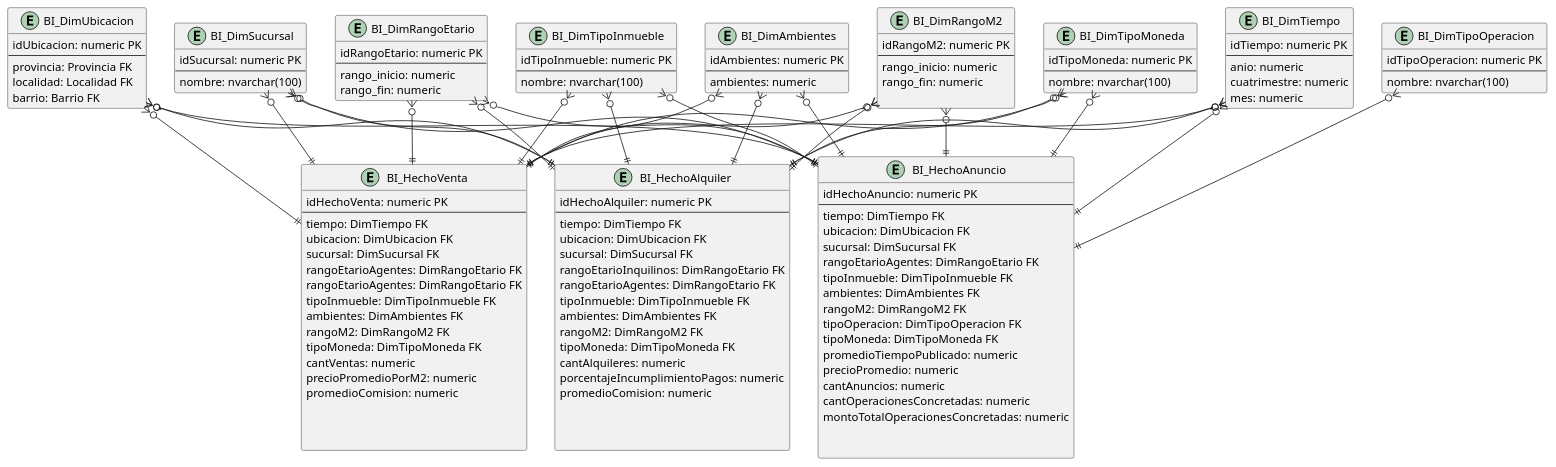
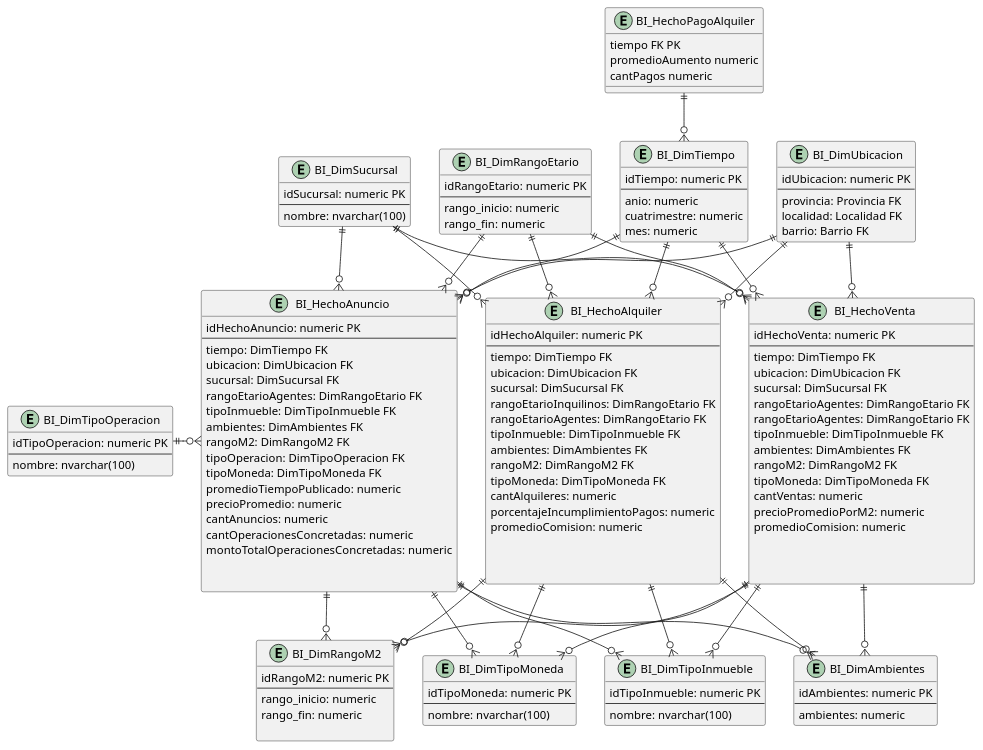
The diagram in modelo_bi/derBI.wsd (manutorrente/TP-GDD), drawn with PlantUML before and after one commit. The commit also changed 3 other files, not shown here.

```diff
--- a/modelo_bi/derBI.wsd
+++ b/modelo_bi/derBI.wsd
@@ -1,161 +1,173 @@
 @startuml BI_Model
 
 ' Dimensiones
 entity BI_DimTiempo {
     idTiempo: numeric PK
     --
     anio: numeric
     cuatrimestre: numeric
     mes: numeric
 }
 
 entity BI_DimUbicacion {
     idUbicacion: numeric PK
     --
     provincia: Provincia FK
     localidad: Localidad FK
     barrio: Barrio FK
 }
 
 entity BI_DimSucursal {
     idSucursal: numeric PK
     --
     nombre: nvarchar(100)
 }
 
 entity BI_DimRangoEtario {
     idRangoEtario: numeric PK
     --
     rango_inicio: numeric
     rango_fin: numeric
 }
 
 entity BI_DimTipoInmueble {
     idTipoInmueble: numeric PK
     --
     nombre: nvarchar(100)
 }
 
 entity BI_DimAmbientes {
     idAmbientes: numeric PK
     --
     ambientes: numeric
 }
 
 entity BI_DimRangoM2 {
     idRangoM2: numeric PK
     --
     rango_inicio: numeric
     rango_fin: numeric
 
 }
 
 entity BI_DimTipoOperacion {
     idTipoOperacion: numeric PK
     --
     nombre: nvarchar(100)
 }
 
 entity BI_DimTipoMoneda {
     idTipoMoneda: numeric PK
     --
     nombre: nvarchar(100)
 }
 
 ' Hechos
 entity BI_HechoAnuncio {
     idHechoAnuncio: numeric PK
     --
     tiempo: DimTiempo FK
     ubicacion: DimUbicacion FK
     sucursal: DimSucursal FK
     rangoEtarioAgentes: DimRangoEtario FK
     tipoInmueble: DimTipoInmueble FK
     ambientes: DimAmbientes FK
     rangoM2: DimRangoM2 FK
     tipoOperacion: DimTipoOperacion FK
     tipoMoneda: DimTipoMoneda FK
     promedioTiempoPublicado: numeric
     precioPromedio: numeric
     cantAnuncios: numeric
     cantOperacionesConcretadas: numeric
     montoTotalOperacionesConcretadas: numeric
     
 
 }
 
 entity BI_HechoAlquiler {
     idHechoAlquiler: numeric PK
     --
     tiempo: DimTiempo FK
     ubicacion: DimUbicacion FK
     sucursal: DimSucursal FK
     rangoEtarioInquilinos: DimRangoEtario FK
     rangoEtarioAgentes: DimRangoEtario FK
     tipoInmueble: DimTipoInmueble FK
     ambientes: DimAmbientes FK
     rangoM2: DimRangoM2 FK
     tipoMoneda: DimTipoMoneda FK
     cantAlquileres: numeric
     porcentajeIncumplimientoPagos: numeric
     promedioComision: numeric
     
 
 
 }
 
 entity BI_HechoVenta {
     idHechoVenta: numeric PK
     --
     tiempo: DimTiempo FK
     ubicacion: DimUbicacion FK
     sucursal: DimSucursal FK
     rangoEtarioAgentes: DimRangoEtario FK
     rangoEtarioAgentes: DimRangoEtario FK
     tipoInmueble: DimTipoInmueble FK
     ambientes: DimAmbientes FK
     rangoM2: DimRangoM2 FK
     tipoMoneda: DimTipoMoneda FK
     cantVentas: numeric
     precioPromedioPorM2: numeric
     promedioComision: numeric
     
     
 
 }
 
-BI_DimTiempo }o--|| BI_HechoAnuncio
-BI_DimTiempo }o--|| BI_HechoAlquiler
-BI_DimTiempo }o--|| BI_HechoVenta
+entity BI_HechoPagoAlquiler {
+    tiempo FK PK
+    promedioAumento numeric
+    cantPagos numeric
+}
 
-BI_DimUbicacion }o--|| BI_HechoAnuncio
-BI_DimUbicacion }o--|| BI_HechoAlquiler
-BI_DimUbicacion }o--|| BI_HechoVenta
 
-BI_DimSucursal }o--|| BI_HechoAnuncio
-BI_DimSucursal }o--|| BI_HechoAlquiler
-BI_DimSucursal }o--|| BI_HechoVenta
+BI_HechoPagoAlquiler ||--o{ BI_DimTiempo
 
-BI_DimRangoEtario }o--|| BI_HechoAnuncio
-BI_DimRangoEtario }o--|| BI_HechoAlquiler
-BI_DimRangoEtario }o--|| BI_HechoVenta
+BI_DimTiempo ||--o{ BI_HechoAnuncio
+BI_DimTiempo ||--o{ BI_HechoAlquiler
+BI_DimTiempo ||--o{ BI_HechoVenta
 
-BI_DimTipoInmueble }o--|| BI_HechoAnuncio
-BI_DimTipoInmueble }o--|| BI_HechoAlquiler
-BI_DimTipoInmueble }o--|| BI_HechoVenta
+BI_DimUbicacion ||--o{ BI_HechoAnuncio
+BI_DimUbicacion ||--o{ BI_HechoAlquiler
+BI_DimUbicacion ||--o{ BI_HechoVenta
 
-BI_DimAmbientes }o--|| BI_HechoAnuncio
-BI_DimAmbientes }o--|| BI_HechoAlquiler
-BI_DimAmbientes }o--|| BI_HechoVenta
+BI_DimSucursal ||--o{ BI_HechoAnuncio
+BI_DimSucursal ||--o{ BI_HechoAlquiler
+BI_DimSucursal ||--o{ BI_HechoVenta
 
-BI_DimRangoM2 }o--|| BI_HechoAnuncio
-BI_DimRangoM2 }o--|| BI_HechoAlquiler
-BI_DimRangoM2 }o--|| BI_HechoVenta
+BI_DimRangoEtario ||--o{ BI_HechoAnuncio
+BI_DimRangoEtario ||--o{ BI_HechoAlquiler
+BI_DimRangoEtario ||--o{ BI_HechoVenta
 
-BI_DimTipoOperacion }o--|| BI_HechoAnuncio
 
-BI_DimTipoMoneda }o--|| BI_HechoAnuncio
-BI_DimTipoMoneda }o--|| BI_HechoAlquiler
-BI_DimTipoMoneda }o--|| BI_HechoVenta
+BI_HechoAnuncio ||--o{ BI_DimTipoInmueble
+BI_HechoAlquiler ||--o{ BI_DimTipoInmueble
+BI_HechoVenta ||--o{ BI_DimTipoInmueble
+
+
+BI_HechoAnuncio ||--o{ BI_DimAmbientes
+BI_HechoAlquiler ||--o{ BI_DimAmbientes
+BI_HechoVenta ||--o{ BI_DimAmbientes
+
+BI_HechoAnuncio ||--o{ BI_DimRangoM2
+BI_HechoAlquiler ||--o{ BI_DimRangoM2
+BI_HechoVenta ||--o{ BI_DimRangoM2
+
+BI_HechoAnuncio ||--o{ BI_DimTipoMoneda
+BI_HechoAlquiler ||--o{ BI_DimTipoMoneda
+BI_HechoVenta ||--o{ BI_DimTipoMoneda
+
+BI_DimTipoOperacion ||-o{ BI_HechoAnuncio
+
 
 @enduml
```
